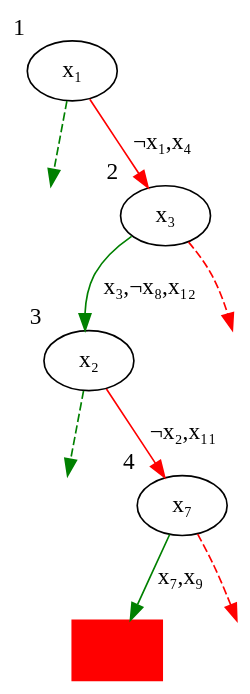
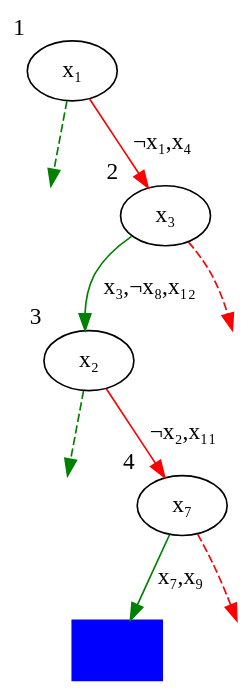
Before and after one commit to vaibhavsagar/presentations: the diagram in sat-solvers/images/tree1.dot, drawn with Graphviz. The commit also changed 4 other files, not shown here.

```diff
--- a/sat-solvers/images/tree1.dot
+++ b/sat-solvers/images/tree1.dot
@@ -1,24 +1,24 @@
 digraph {
     x₁t [style="invisible"]
     x₃f [style="invisible"]
     x₂t [style="invisible"]
     x₁  [xlabel="1"]
     x₃  [xlabel="2"]
     x₂  [xlabel="3"]
     x₇  [xlabel="4"]
-    c   [shape="box",label="",color="red",style="filled"]
+    c   [shape="box",label="",color="blue",style="filled"]
     x₇f [label="label",style="invisible"]
     x₁ -> x₁t [color="green",style="dashed"]
     x₁ -> x₃  [color="red",label="¬x₁,x₄"]
     x₃ -> x₂  [color="green",label="x₃,¬x₈,x₁₂"]
     x₃ -> x₃f [color="red",style="dashed"]
     x₂ -> x₃f [style="invisible",arrowhead=none]
     x₂ -> x₇  [color="red",label="¬x₂,x₁₁"]
     x₂ -> x₂t [color="green",style="dashed"]
     x₇ -> c   [color="green",label="x₇,x₉"]
     x₇ -> x₇f [color="red",style="dashed"]
     {rank=same; x₃f x₂}
     overlap=false
     splines=true
     bgcolor=transparent
 }
```
